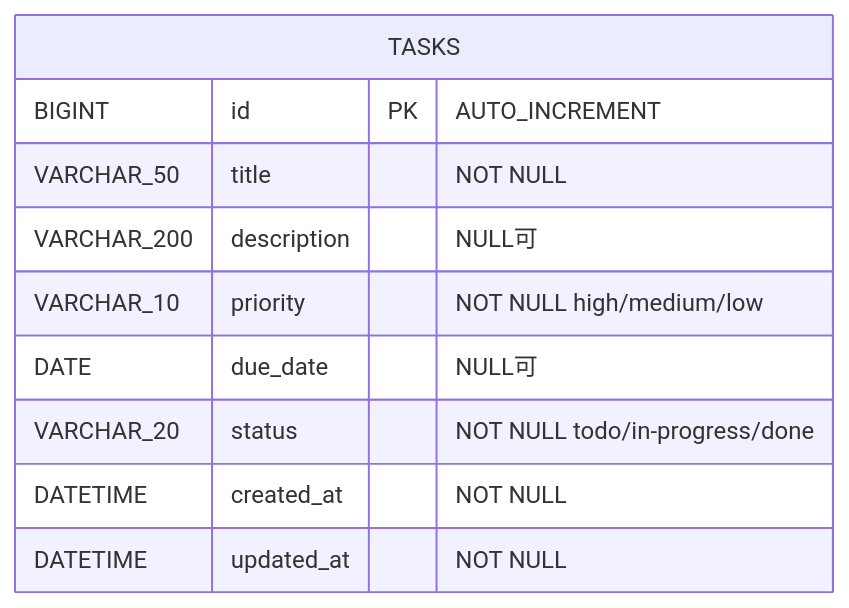
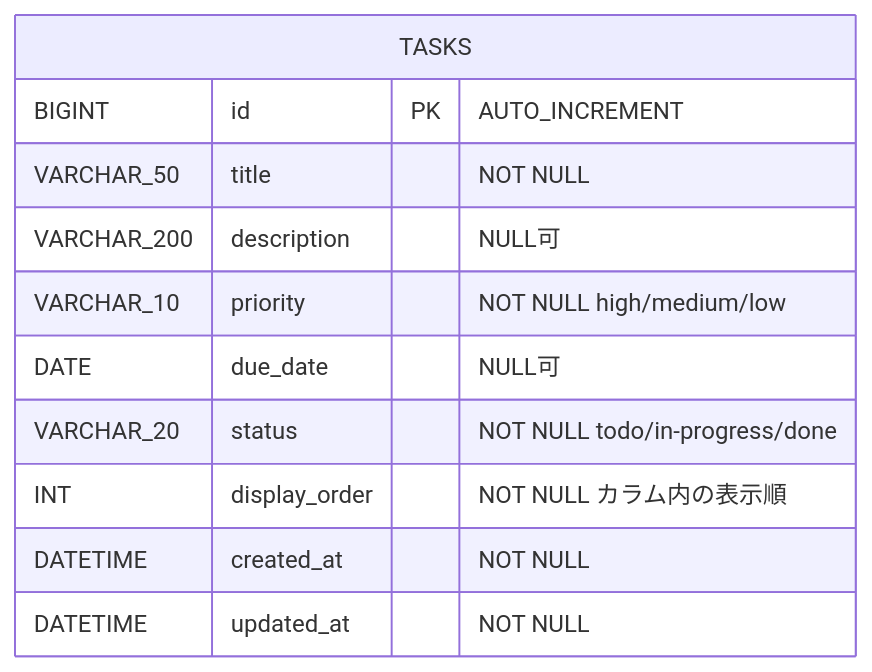
The diagram in docs/data-definition.md (adamaru-code/TaskManagement), drawn with Mermaid before and after one commit. The commit also changed other lines of this file and 4 other files, not shown here.

````diff
--- a/docs/data-definition.md
+++ b/docs/data-definition.md
@@ -13,13 +13,14 @@
 ```mermaid
 erDiagram
     TASKS {
         BIGINT id PK "AUTO_INCREMENT"
         VARCHAR_50 title "NOT NULL"
         VARCHAR_200 description "NULL可"
         VARCHAR_10 priority "NOT NULL high/medium/low"
         DATE due_date "NULL可"
         VARCHAR_20 status "NOT NULL todo/in-progress/done"
+        INT display_order "NOT NULL カラム内の表示順"
         DATETIME created_at "NOT NULL"
         DATETIME updated_at "NOT NULL"
     }
 ```
````
